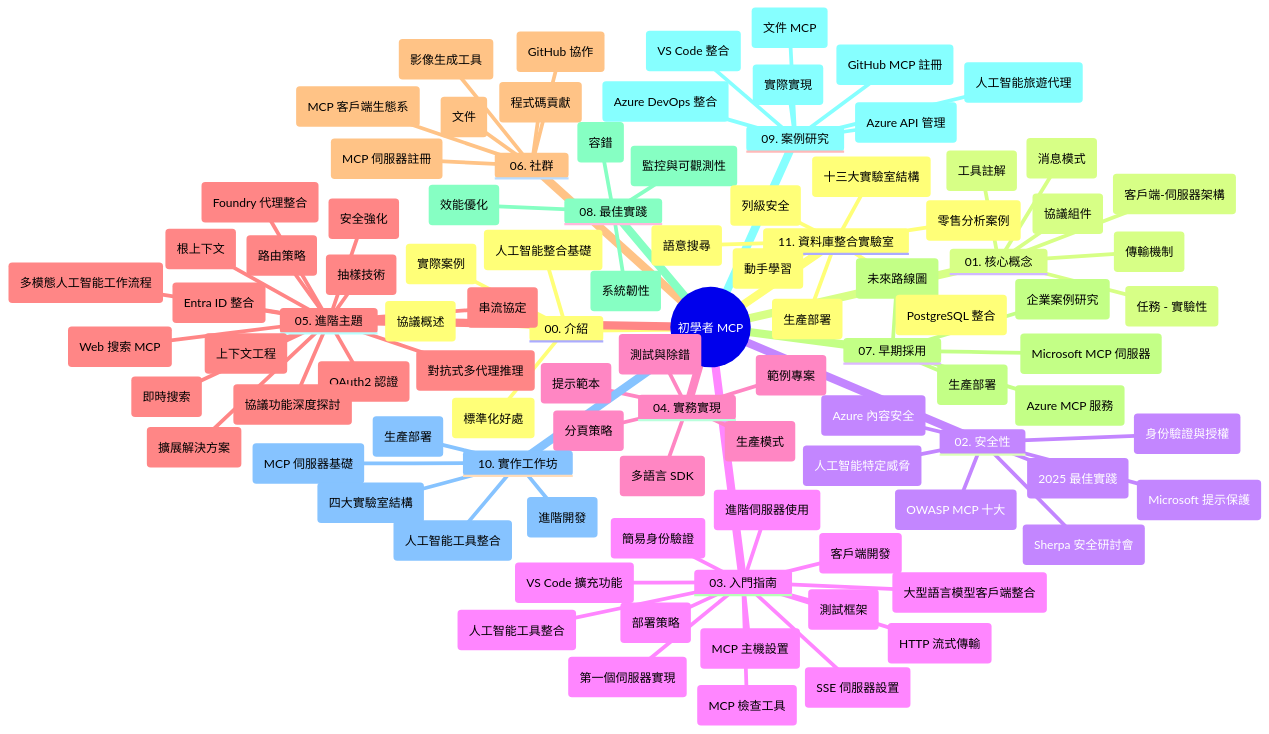
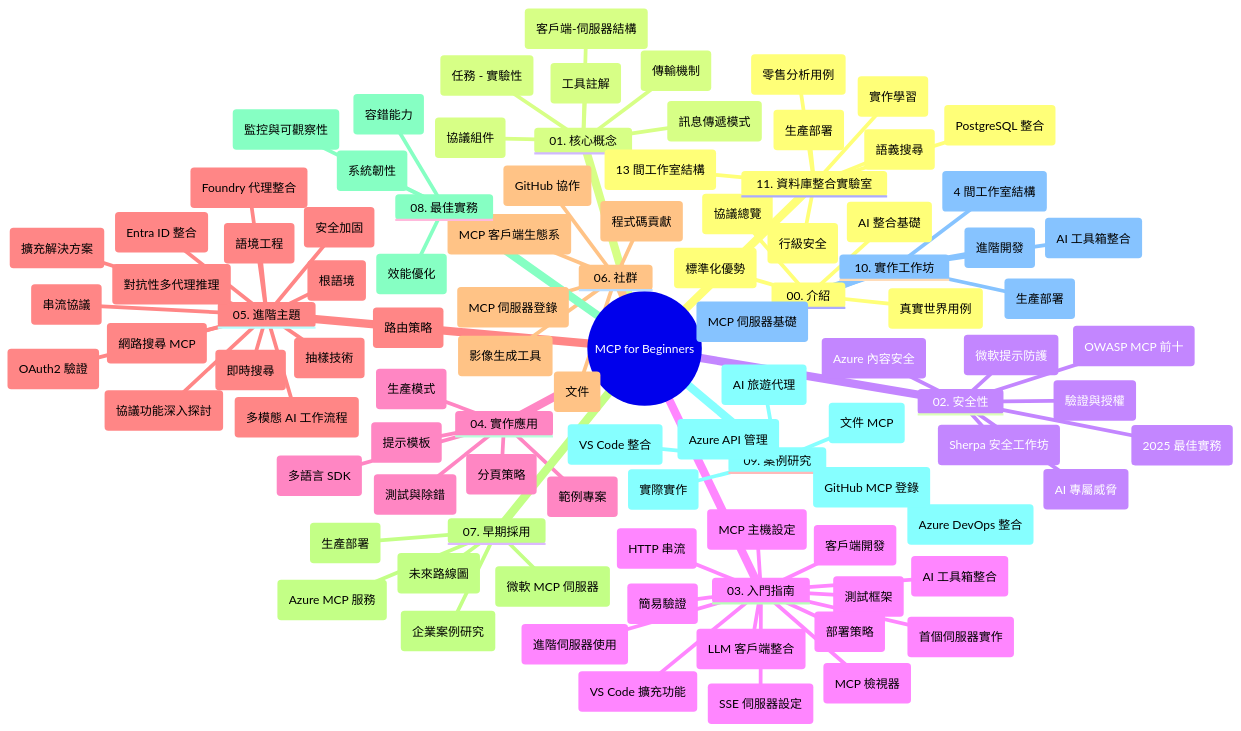
One commit to HIDORAKAI002/ai-workspace-archive changed the diagram in mcp_ecosystem__model_context_protocol/mcp_learning_resources/mcp-for-beginners/translations/zh-MO/study_guide.md. Above: the diagram before and after it, drawn with Mermaid. The commit also changed other lines of this file and 1539 other files, not shown here.

Commit message:
chore(sync): Update microsoft/mcp-for-beginners

````diff
--- a/mcp_ecosystem__model_context_protocol/mcp_learning_resources/mcp-for-beginners/translations/zh-MO/study_guide.md
+++ b/mcp_ecosystem__model_context_protocol/mcp_learning_resources/mcp-for-beginners/translations/zh-MO/study_guide.md
@@ -11,114 +11,114 @@
 ```mermaid
 mindmap
-  root((初學者 MCP))
+  root((MCP for Beginners))
     00. 介紹
       ::icon(fa fa-book)
-      (協議概述)
-      (標準化好處)
-      (實際案例)
-      (人工智能整合基礎)
+      (協議總覽)
+      (標準化優勢)
+      (真實世界用例)
+      (AI 整合基礎)
     01. 核心概念
       ::icon(fa fa-puzzle-piece)
-      (客戶端-伺服器架構)
+      (客戶端-伺服器結構)
       (協議組件)
-      (消息模式)
+      (訊息傳遞模式)
       (傳輸機制)
       (任務 - 實驗性)
       (工具註解)
     02. 安全性
       ::icon(fa fa-shield)
-      (人工智能特定威脅)
-      (2025 最佳實踐)
+      (AI 專屬威脅)
+      (2025 最佳實務)
       (Azure 內容安全)
-      (身份驗證與授權)
-      (Microsoft 提示保護)
-      (OWASP MCP 十大)
-      (Sherpa 安全研討會)
+      (驗證與授權)
+      (微軟提示防護)
+      (OWASP MCP 前十)
+      (Sherpa 安全工作坊)
     03. 入門指南
       ::icon(fa fa-rocket)
-      (第一個伺服器實現)
+      (首個伺服器實作)
       (客戶端開發)
-      (大型語言模型客戶端整合)
+      (LLM 客戶端整合)
       (VS Code 擴充功能)
-      (SSE 伺服器設置)
-      (HTTP 流式傳輸)
-      (人工智能工具整合)
+      (SSE 伺服器設定)
+      (HTTP 串流)
+      (AI 工具箱整合)
       (測試框架)
       (進階伺服器使用)
-      (簡易身份驗證)
+      (簡易驗證)
       (部署策略)
-      (MCP 主機設置)
-      (MCP 檢查工具)
-    04. 實務實現
+      (MCP 主機設定)
+      (MCP 檢視器)
+    04. 實作應用
       ::icon(fa fa-code)
       (多語言 SDK)
       (測試與除錯)
-      (提示範本)
+      (提示模板)
       (範例專案)
       (生產模式)
       (分頁策略)
     05. 進階主題
       ::icon(fa fa-graduation-cap)
-      (上下文工程)
+      (語境工程)
       (Foundry 代理整合)
-      (多模態人工智能工作流程)
-      (OAuth2 認證)
-      (即時搜索)
-      (串流協定)
-      (根上下文)
+      (多模態 AI 工作流程)
+      (OAuth2 驗證)
+      (即時搜尋)
+      (串流協議)
+      (根語境)
       (路由策略)
       (抽樣技術)
-      (擴展解決方案)
-      (安全強化)
+      (擴充解決方案)
+      (安全加固)
       (Entra ID 整合)
-      (Web 搜索 MCP)
-      (協議功能深度探討)
-      (對抗式多代理推理)
+      (網路搜尋 MCP)
+      (協議功能深入探討)
+      (對抗性多代理推理)
       
     06. 社群
       ::icon(fa fa-users)
       (程式碼貢獻)
       (文件)
       (MCP 客戶端生態系)
-      (MCP 伺服器註冊)
+      (MCP 伺服器登錄)
       (影像生成工具)
       (GitHub 協作)
     07. 早期採用
       ::icon(fa fa-lightbulb)
       (生產部署)
-      (Microsoft MCP 伺服器)
+      (微軟 MCP 伺服器)
       (Azure MCP 服務)
       (企業案例研究)
       (未來路線圖)
-    08. 最佳實踐
+    08. 最佳實務
       ::icon(fa fa-check)
       (效能優化)
-      (容錯)
+      (容錯能力)
       (系統韌性)
-      (監控與可觀測性)
+      (監控與可觀察性)
     09. 案例研究
       ::icon(fa fa-file-text)
       (Azure API 管理)
-      (人工智能旅遊代理)
+      (AI 旅遊代理)
       (Azure DevOps 整合)
       (文件 MCP)
-      (GitHub MCP 註冊)
+      (GitHub MCP 登錄)
       (VS Code 整合)
-      (實際實現)
+      (實際實作)
     10. 實作工作坊
       ::icon(fa fa-laptop)
       (MCP 伺服器基礎)
       (進階開發)
-      (人工智能工具整合)
+      (AI 工具箱整合)
       (生產部署)
-      (四大實驗室結構)
+      (4 間工作室結構)
     11. 資料庫整合實驗室
       ::icon(fa fa-database)
       (PostgreSQL 整合)
-      (零售分析案例)
-      (列級安全)
-      (語意搜尋)
+      (零售分析用例)
+      (行級安全)
+      (語義搜尋)
       (生產部署)
-      (十三大實驗室結構)
-      (動手學習)
+      (13 間工作室結構)
+      (實作學習)
 ```
````
